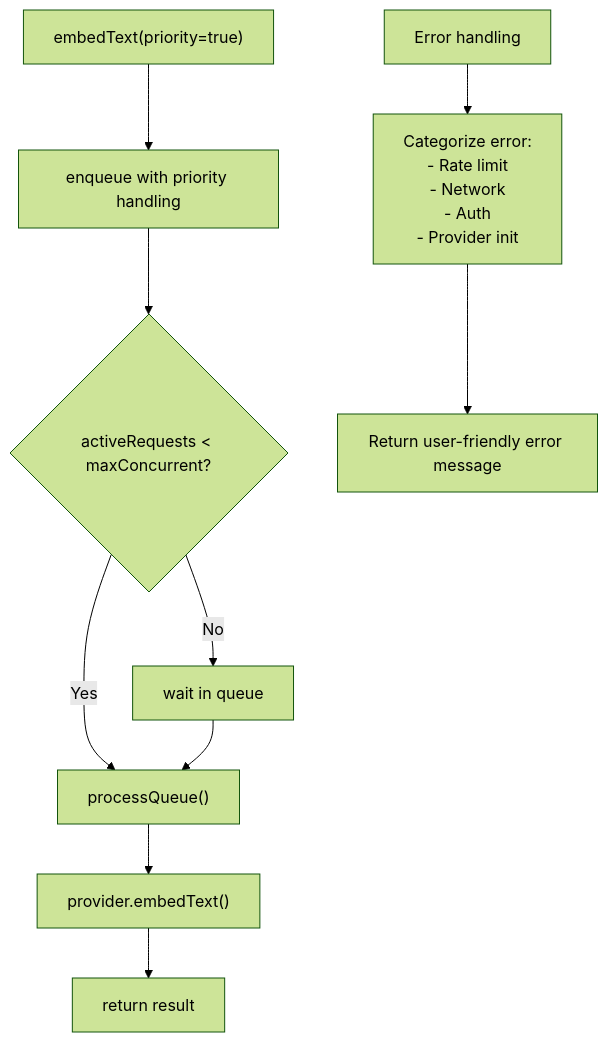
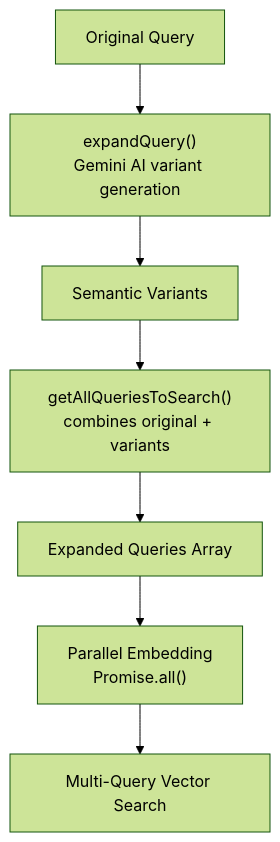
The fourth of 6 diagrams in .qoder/repowiki/en/content/Indexing and Search System/Semantic Search Algorithms.md (bramburn/repomix-runner), drawn with Mermaid (forest theme) before and after one commit. The commit also changed other lines of this file and 19 other files, not shown here.

First line of the commit message:
feat(indexing): expand text file detection and sync documentation

````diff
--- a/.qoder/repowiki/en/content/Indexing and Search System/Semantic Search Algorithms.md
+++ b/.qoder/repowiki/en/content/Indexing and Search System/Semantic Search Algorithms.md
@@ -227,12 +217,9 @@
 ```mermaid
 flowchart TD
-A["embedText(priority=true)"] --> B["enqueue with priority handling"]
-B --> C{"activeRequests < maxConcurrent?"}
-C --> |Yes| D["processQueue()"]
-D --> E["provider.embedText()"]
-E --> F["return result"]
-C --> |No| G["wait in queue"]
-G --> D
-H["Error handling"] --> I["Categorize error:<br/>- Rate limit<br/>- Network<br/>- Auth<br/>- Provider init"]
-I --> J["Return user-friendly error message"]
+A["Original Query"] --> B["expandQuery()<br/>Gemini AI variant generation"]
+B --> C["Semantic Variants"]
+C --> D["getAllQueriesToSearch()<br/>combines original + variants"]
+D --> E["Expanded Queries Array"]
+E --> F["Parallel Embedding<br/>Promise.all()"]
+F --> G["Multi-Query Vector Search"]
 ```
````
